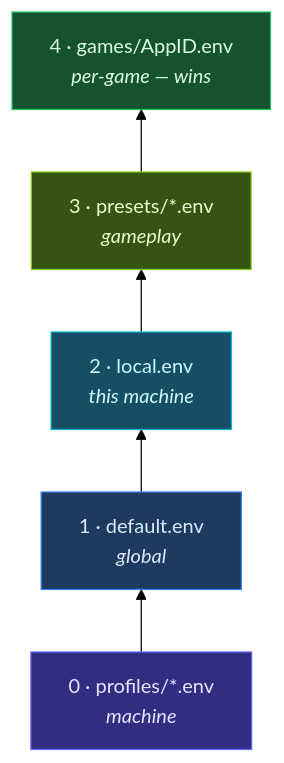
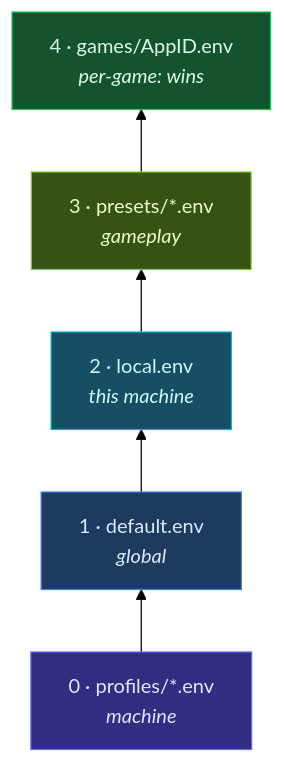
Before and after one commit to bolens/launch-layer: the second of 2 diagrams in README.md, drawn with Mermaid (forest theme). The commit also changed other lines of this file and 8 other files, not shown here.

````diff
--- a/README.md
+++ b/README.md
@@ -336,16 +336,16 @@
 ```mermaid
 flowchart BT
   P["0 · profiles/*.env<br/><i>machine</i>"]
   D["1 · default.env<br/><i>global</i>"]
   L["2 · local.env<br/><i>this machine</i>"]
   R["3 · presets/*.env<br/><i>gameplay</i>"]
-  G["4 · games/AppID.env<br/><i>per-game — wins</i>"]
+  G["4 · games/AppID.env<br/><i>per-game: wins</i>"]
 
   P --> D --> L --> R --> G
 
   style P fill:#312e81,stroke:#6366f1,color:#e0e7ff
   style D fill:#1e3a5f,stroke:#3b82f6,color:#dbeafe
   style L fill:#164e63,stroke:#06b6d4,color:#cffafe
   style R fill:#365314,stroke:#84cc16,color:#ecfccb
   style G fill:#14532d,stroke:#22c55e,color:#dcfce7
 ```
````
